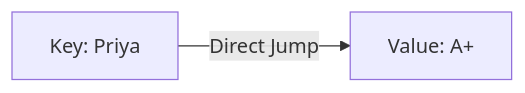
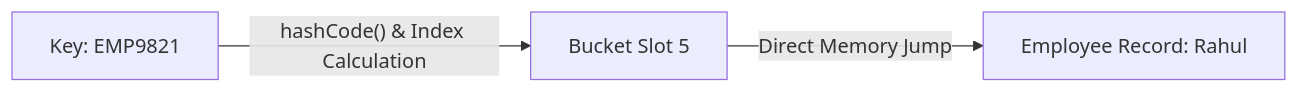
The diagram in 10_Collection-Framework-in-Java/07_Maps/01_HashMap/02_Why_HashMap.md (Sanjay-Mathivanan/JAVA_Zero-to-Advanced), drawn with Mermaid before and after one commit. The commit also changed other lines of this file and 37 other files, not shown here.

Commit message:
Upgrade all individual Map files (HashMap, LinkedHashMap, TreeMap, HashTable) to professional-grade technical documents with complete diagrams, complexities, and code

````diff
--- a/10_Collection-Framework-in-Java/07_Maps/01_HashMap/02_Why_HashMap.md
+++ b/10_Collection-Framework-in-Java/07_Maps/01_HashMap/02_Why_HashMap.md
@@ -22,4 +23,5 @@
 ```mermaid
 graph LR
-    Key["Key: Priya"] -->|"Direct Jump"| Value["Value: A+"]
+    Key["Key: EMP9821"] -->|"hashCode() & Index Calculation"| Index["Bucket Slot 5"]
+    Index -->|"Direct Memory Jump"| Value["Employee Record: Rahul"]
 ```
````
